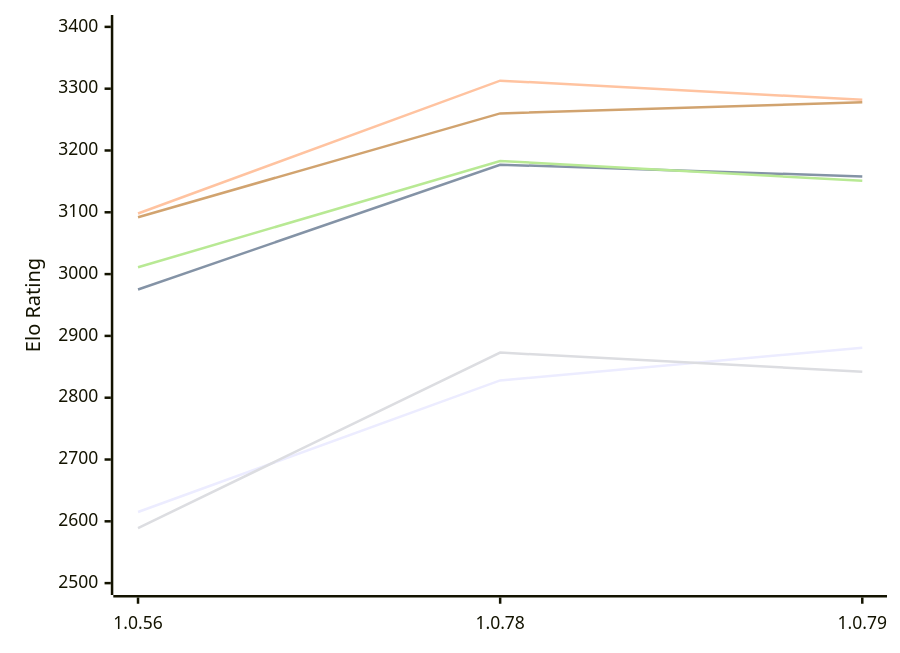
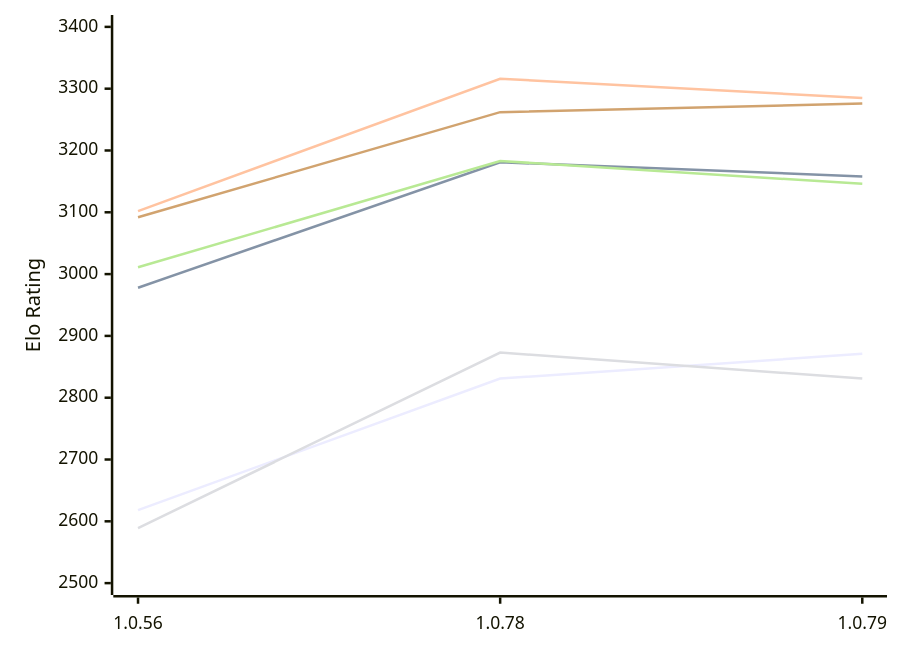
The first of 2 diagrams in engines/RustyRival.md (computer-chess-index/cci), drawn with Mermaid before and after one commit. The commit also changed other lines of this file, not shown here.

Commit message:
Update CCI Ratings (ELO VLTC) - 2026-11-22

````diff
--- a/engines/RustyRival.md
+++ b/engines/RustyRival.md
@@ -65,12 +65,12 @@
 ```mermaid
 %%{init: {"theme":"base","themeVariables":{"seriesColors:['#a3a3a3','#222221','#faa371']}}}%%
 xychart-beta
   x-axis ["1.0.56", "1.0.78", "1.0.79"]
   y-axis "Elo Rating" 2500 --> 3400
-  line "E1: STC (8.0+0.08s)" [2615, 2828, 2881]
-  line "E1: LTC (60.0+0.60s)" [2975, 3177, 3158]
-  line "E1: VLTC (2m24s+1.12s)" [3098, 3313, 3282]
-  line "P1: STC (8.0+0.08s)" [2589, 2873, 2842]
-  line "P1: LTC (60.0+0.60s)" [3011, 3183, 3151]
-  line "P1: VLTC (2m24s+1.12s)" [3092, 3260, 3278]
+  line "E1: STC (8.0+0.08s)" [2618, 2831, 2871]
+  line "E1: LTC (60.0+0.60s)" [2978, 3181, 3158]
+  line "E1: VLTC (2m24s+1.12s)" [3102, 3316, 3285]
+  line "P1: STC (8.0+0.08s)" [2589, 2873, 2831]
+  line "P1: LTC (60.0+0.60s)" [3011, 3183, 3146]
+  line "P1: VLTC (2m24s+1.12s)" [3092, 3262, 3276]
 ```
````
